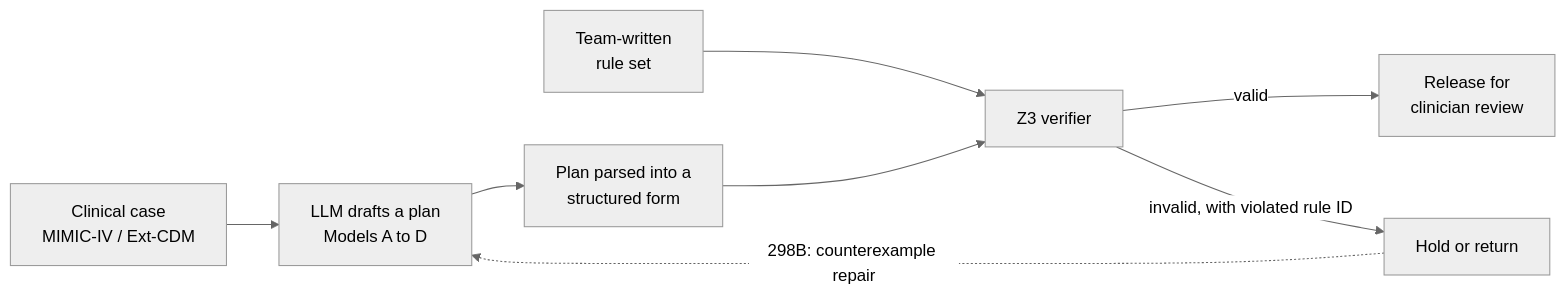
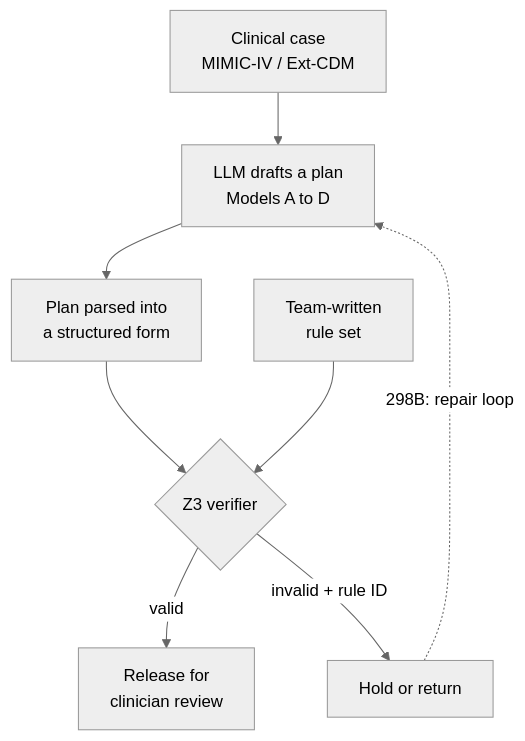
The first of 3 diagrams in README.md (Akashkumarsenthil/Clinical-Discharge-Treatment-Plan-Verification), drawn with Mermaid (neutral theme) before and after one commit. The commit also changed other lines of this file, not shown here.

Commit message:
README: make diagrams vertical so they fit the page width

````diff
--- a/README.md
+++ b/README.md
@@ -11,10 +11,10 @@
 ```mermaid
-flowchart LR
+flowchart TD
     A["Clinical case<br/>MIMIC-IV / Ext-CDM"] --> B["LLM drafts a plan<br/>Models A to D"]
-    B --> C["Plan parsed into a<br/>structured form"]
-    R["Team-written<br/>rule set"] --> D["Z3 verifier"]
-    C --> D
+    B --> C["Plan parsed into<br/>a structured form"]
+    C --> D{"Z3 verifier"}
+    R["Team-written<br/>rule set"] --> D
     D -->|valid| E["Release for<br/>clinician review"]
-    D -->|"invalid, with violated rule ID"| F["Hold or return"]
-    F -.->|"298B: counterexample repair"| B
+    D -->|"invalid + rule ID"| F["Hold or return"]
+    F -.->|"298B: repair loop"| B
 ```
````
